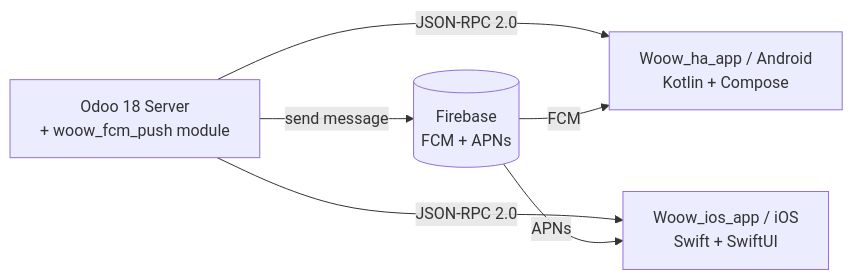
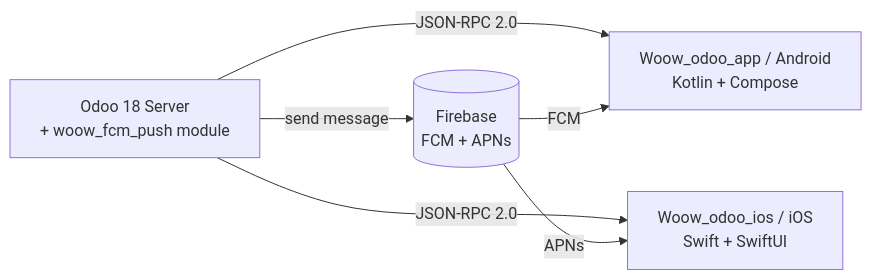
Before and after one commit to WOOWTECH/Woow_odoo_app: the first of 8 diagrams in README.md, drawn with Mermaid. The commit also changed other lines of this file, not shown here.

````diff
--- a/README.md
+++ b/README.md
@@ -48,13 +48,13 @@
 ```mermaid
 flowchart LR
     Odoo[Odoo 18 Server<br/>+ woow_fcm_push module]
-    Android[Woow_ha_app / Android<br/>Kotlin + Compose]
-    iOS[Woow_ios_app / iOS<br/>Swift + SwiftUI]
+    Android[Woow_odoo_app / Android<br/>Kotlin + Compose]
+    iOS[Woow_odoo_ios / iOS<br/>Swift + SwiftUI]
     Firebase[(Firebase<br/>FCM + APNs)]
 
     Odoo -- JSON-RPC 2.0 --> Android
     Odoo -- JSON-RPC 2.0 --> iOS
     Odoo -- send message --> Firebase
     Firebase -- FCM --> Android
     Firebase -- APNs --> iOS
 ```
````
